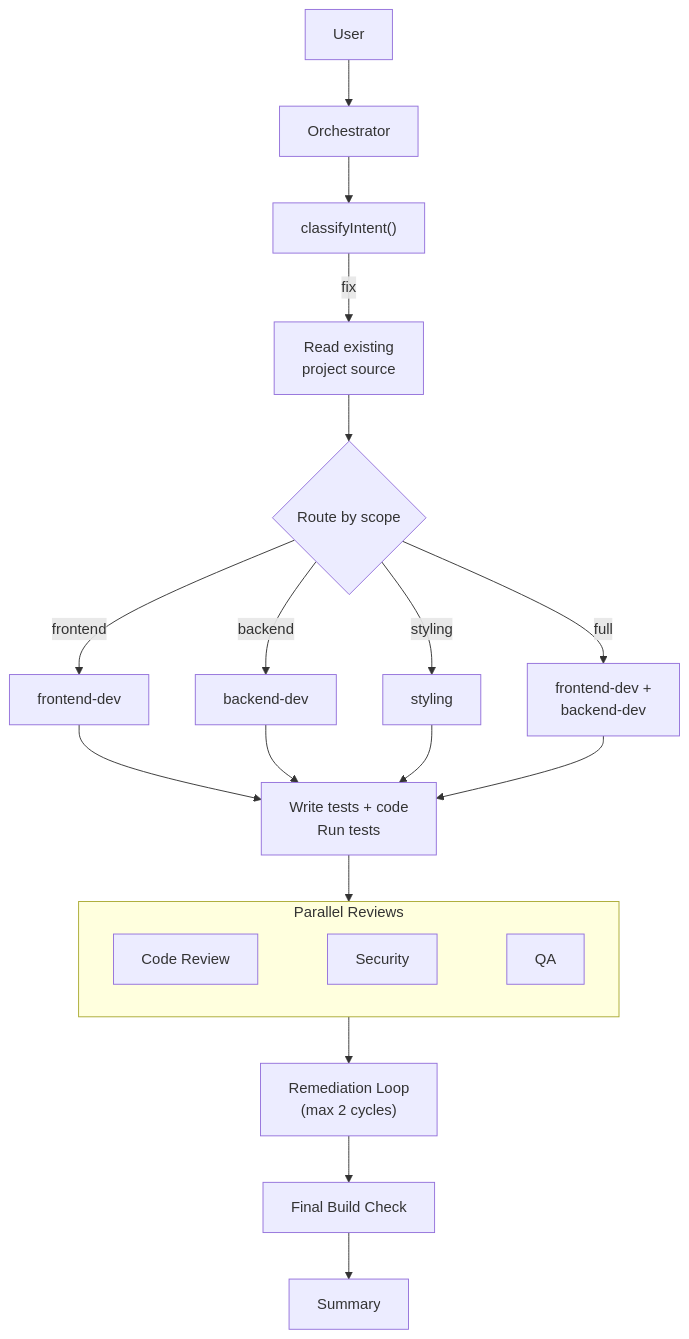
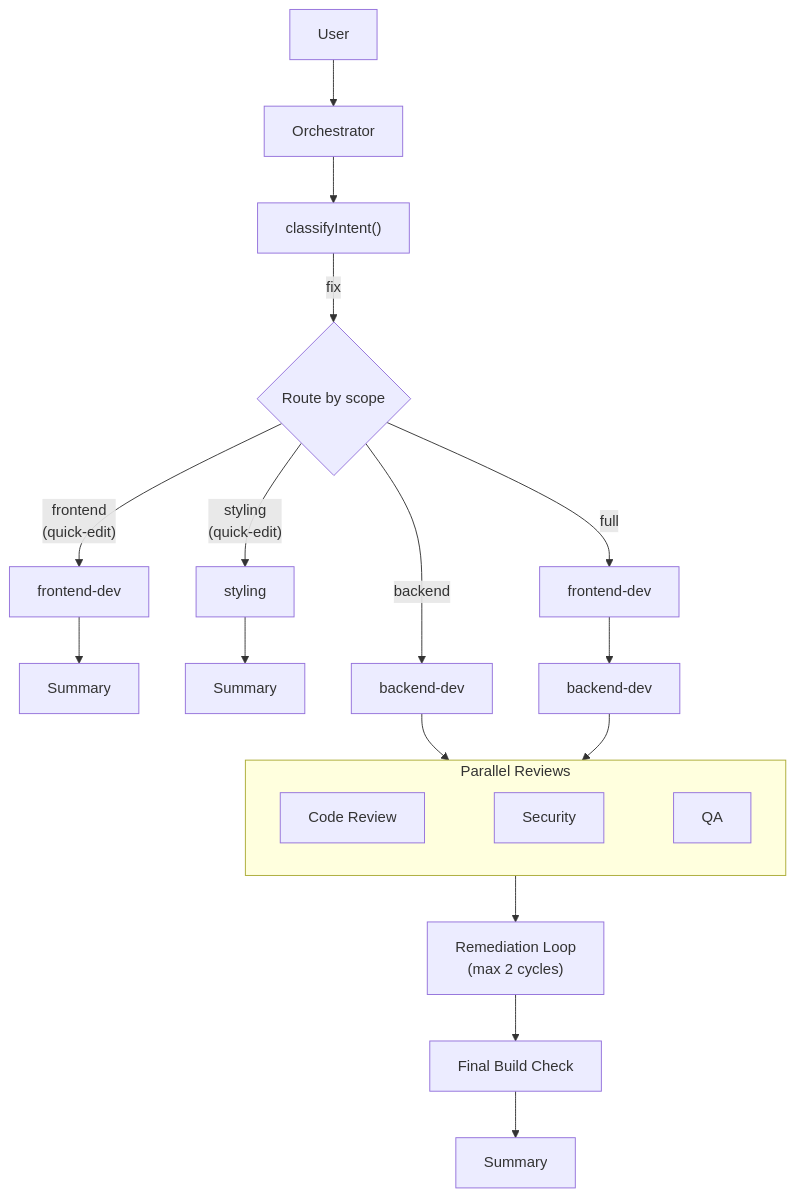
The second of 3 diagrams in docs/wiki/Agent-Roster.md (anthonybaldwin/page-gen), drawn with Mermaid before and after one commit. The commit also changed other lines of this file and 1 other file, not shown here.

````diff
--- a/docs/wiki/Agent-Roster.md
+++ b/docs/wiki/Agent-Roster.md
@@ -122,23 +118,20 @@
 ```mermaid
 graph TD
   User --> Orch["Orchestrator"] --> Classify["classifyIntent()"]
-  Classify -->|fix| Read["Read existing<br>project source"]
-  Read --> Route{"Route by scope"}
+  Classify -->|fix| Route{"Route by scope"}
 
-  Route -->|frontend| FD["frontend-dev"]
-  Route -->|backend| BD["backend-dev"]
-  Route -->|styling| STY["styling"]
-  Route -->|full| FULL["frontend-dev +<br>backend-dev"]
+  Route -->|"frontend<br>(quick-edit)"| FD["frontend-dev"] --> QS1["Summary"]
+  Route -->|"styling<br>(quick-edit)"| STY["styling"] --> QS2["Summary"]
 
-  FD & BD & STY & FULL --> Tests["Write tests + code<br>Run tests"]
-  Tests --> P3
+  Route -->|backend| BD["backend-dev"] --> P3
+  Route -->|full| FD2["frontend-dev"] --> BD2["backend-dev"] --> P3
 
   subgraph P3["Parallel Reviews"]
     direction LR
     CR["Code Review"] ~~~ Sec["Security"] ~~~ QA["QA"]
   end
 
   P3 --> Rem["Remediation Loop<br>(max 2 cycles)"]
   Rem --> Build["Final Build Check"]
   Build --> Summary
 ```
````
